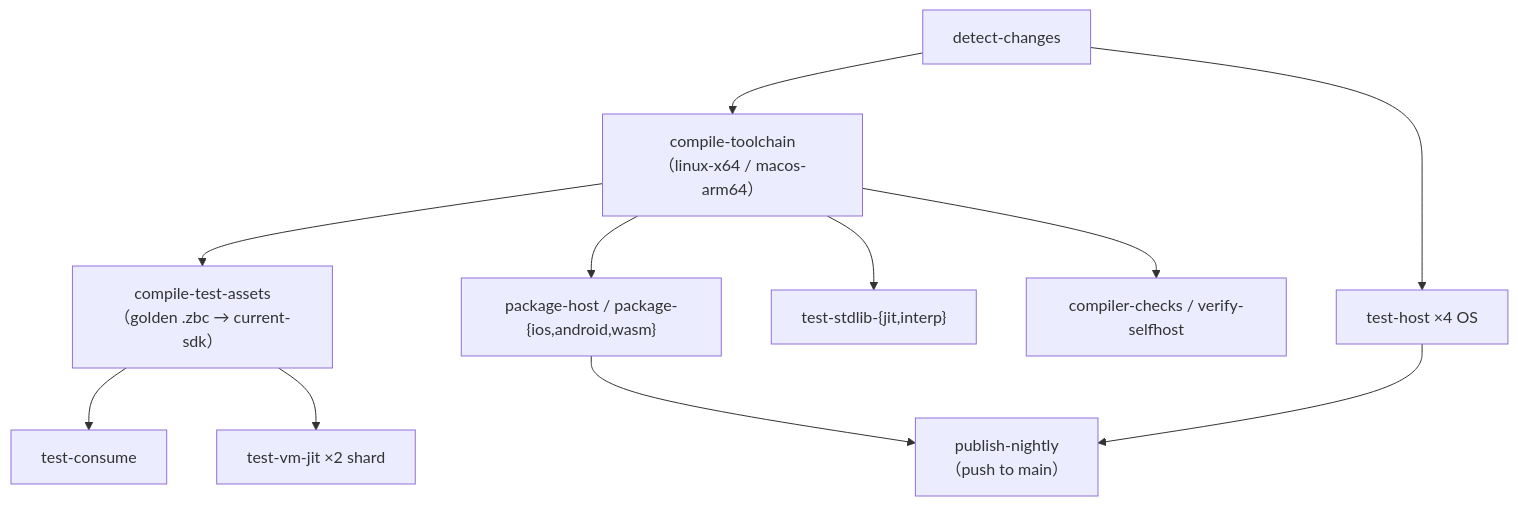
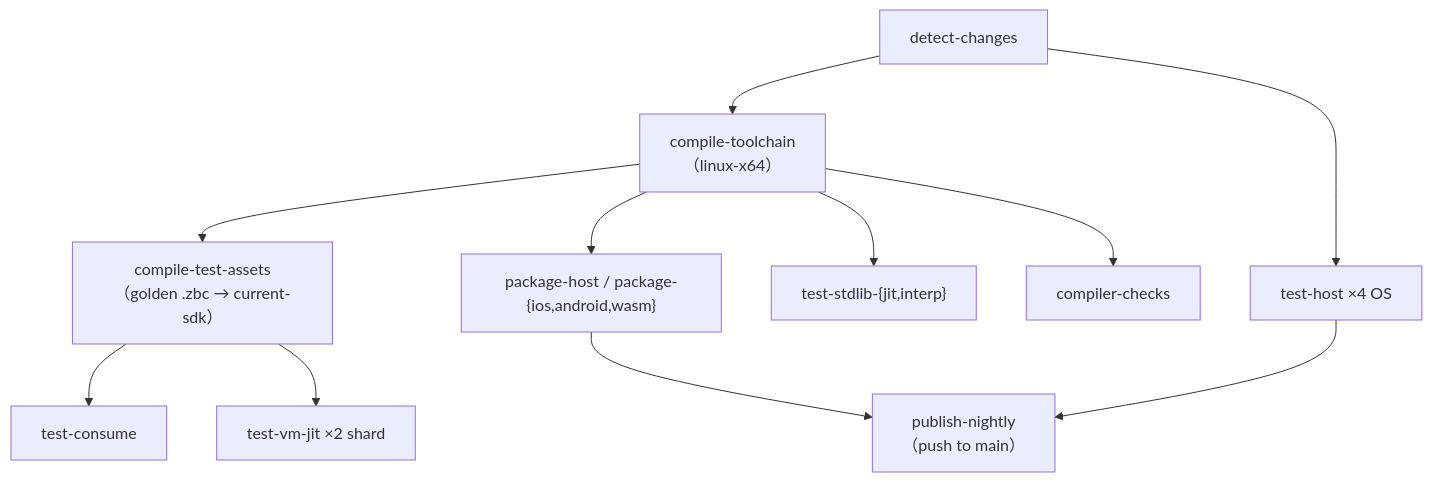
The diagram in docs/internals/src/devinfra/ci.md (z42-lang/z42), drawn with Mermaid before and after one commit. The commit also changed other lines of this file and 9 other files, not shown here.

````diff
--- a/docs/internals/src/devinfra/ci.md
+++ b/docs/internals/src/devinfra/ci.md
@@ -13,13 +13,13 @@
 ```mermaid
 flowchart TD
-  C["detect-changes"] --> TB["compile-toolchain<br/>（linux-x64 / macos-arm64）"]
+  C["detect-changes"] --> TB["compile-toolchain<br/>（linux-x64）"]
   C --> TH["test-host ×4 OS"]
   TB --> TA["compile-test-assets<br/>（golden .zbc → current-sdk）"]
   TB --> PKG["package-host / package-{ios,android,wasm}"]
   TA --> CONS["test-consume"]
   TA --> JIT["test-vm-jit ×2 shard"]
   TB --> SL["test-stdlib-{jit,interp}"]
-  TB --> CHK["compiler-checks / verify-selfhost"]
+  TB --> CHK["compiler-checks"]
   TH --> PUB["publish-nightly<br/>（push to main）"]
   PKG --> PUB
 ```
````
